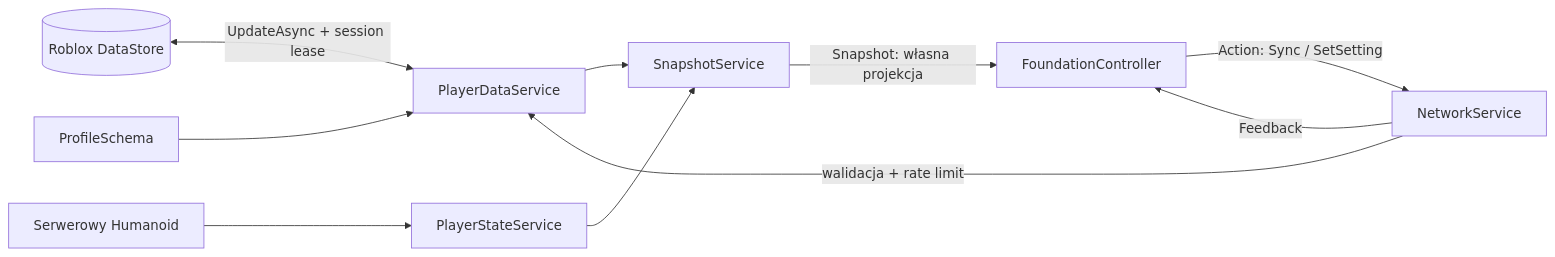
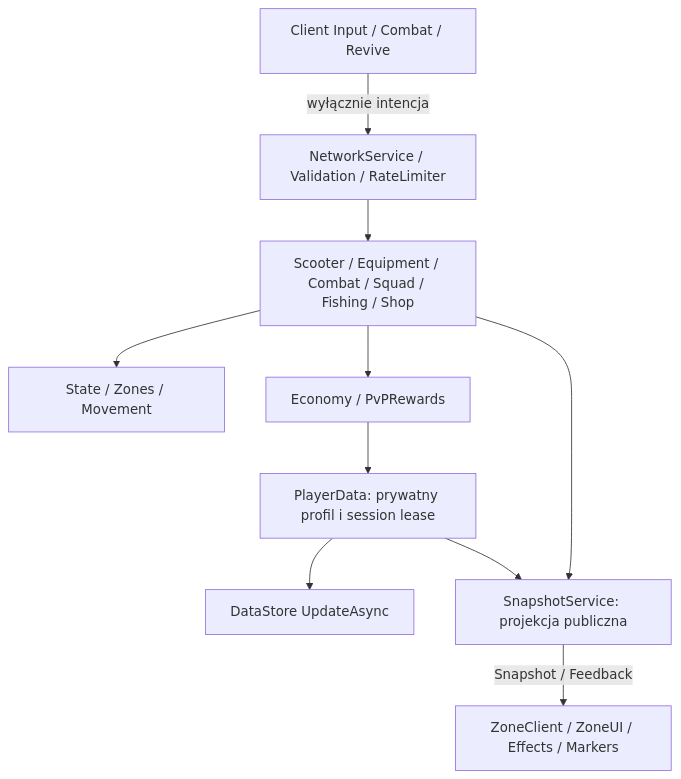
One commit to szabanasty/rblx changed the diagram in docs/ARCHITECTURE.md. Above: the diagram before and after it, drawn with Mermaid. The commit also changed other lines of this file and 70 other files, not shown here.

Commit message:
Implement KUKIRIN ZONE playable squad PvP and fishing prototype

````diff
--- a/docs/ARCHITECTURE.md
+++ b/docs/ARCHITECTURE.md
@@ -23,12 +5,12 @@
 ```mermaid
-flowchart LR
-    D[(Roblox DataStore)] <-->|UpdateAsync + session lease| P[PlayerDataService]
-    S[ProfileSchema] --> P
-    H[Serwerowy Humanoid] --> PS[PlayerStateService]
-    P --> SNAP[SnapshotService]
-    PS --> SNAP
-    SNAP -->|Snapshot: własna projekcja| UI[FoundationController]
-    UI -->|Action: Sync / SetSetting| N[NetworkService]
-    N -->|walidacja + rate limit| P
-    N -->|Feedback| UI
+flowchart TD
+  INPUT[Client Input / Combat / Revive] -->|wyłącznie intencja| NET[NetworkService / Validation / RateLimiter]
+  NET --> SERVICES[Scooter / Equipment / Combat / Squad / Fishing / Shop]
+  SERVICES --> GATE[State / Zones / Movement]
+  SERVICES --> ECON[Economy / PvPRewards]
+  ECON --> DATA[PlayerData: prywatny profil i session lease]
+  DATA --> SAVE[DataStore UpdateAsync]
+  SERVICES --> SNAP[SnapshotService: projekcja publiczna]
+  DATA --> SNAP
+  SNAP -->|Snapshot / Feedback| UI[ZoneClient / ZoneUI / Effects / Markers]
 ```
````
